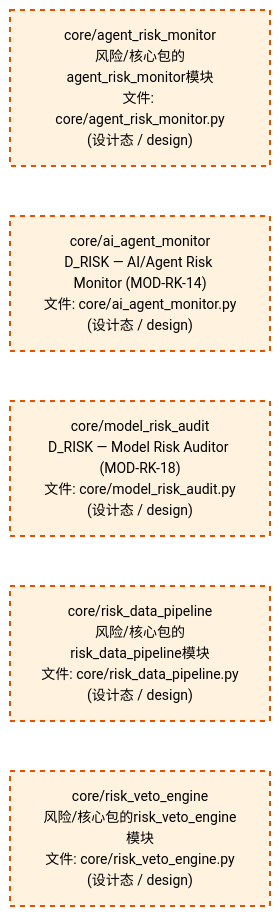
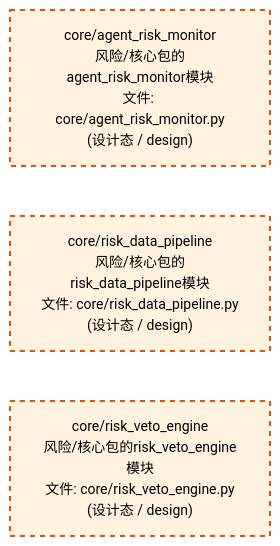
The third of 4 diagrams in docs/02_enterprise_architecture/02_domain_architecture_docs/65_d_risk.md (xuanFelixVan/ZephyrAlpha), drawn with Mermaid before and after one commit. The commit also changed other lines of this file and 29 other files, not shown here.

````diff
--- a/docs/02_enterprise_architecture/02_domain_architecture_docs/65_d_risk.md
+++ b/docs/02_enterprise_architecture/02_domain_architecture_docs/65_d_risk.md
@@ -372,18 +380,14 @@
 ```mermaid
 %%{init: {'theme': 'base', 'themeVariables': {'primaryColor': '#eaeaea', 'primaryTextColor': '#333333', 'primaryBorderColor': '#666666', 'lineColor': '#666666', 'secondaryColor': '#eaeaea', 'tertiaryColor': '#eaeaea', 'fontSize': '14px'}}}%%
 flowchart TD
     src_zephyr_risk_core_agent_risk_monitor_py["core/agent_risk_monitor<br/>风险/核心包的agent_risk_monitor模块<br/>文件: core/agent_risk_monitor.py<br/>(设计态 / design)"]
-    src_zephyr_risk_core_ai_agent_monitor_py["core/ai_agent_monitor<br/>D_RISK — AI/Agent Risk Monitor (MOD-RK-14)<br/>文件: core/ai_agent_monitor.py<br/>(设计态 / design)"]
-    src_zephyr_risk_core_model_risk_audit_py["core/model_risk_audit<br/>D_RISK — Model Risk Auditor (MOD-RK-18)<br/>文件: core/model_risk_audit.py<br/>(设计态 / design)"]
     src_zephyr_risk_core_risk_data_pipeline_py["core/risk_data_pipeline<br/>风险/核心包的risk_data_pipeline模块<br/>文件: core/risk_data_pipeline.py<br/>(设计态 / design)"]
     src_zephyr_risk_core_risk_veto_engine_py["core/risk_veto_engine<br/>风险/核心包的risk_veto_engine模块<br/>文件: core/risk_veto_engine.py<br/>(设计态 / design)"]
-    src_zephyr_risk_core_agent_risk_monitor_py ~~~ src_zephyr_risk_core_ai_agent_monitor_py
-    src_zephyr_risk_core_ai_agent_monitor_py ~~~ src_zephyr_risk_core_model_risk_audit_py
-    src_zephyr_risk_core_model_risk_audit_py ~~~ src_zephyr_risk_core_risk_data_pipeline_py
+    src_zephyr_risk_core_agent_risk_monitor_py ~~~ src_zephyr_risk_core_risk_data_pipeline_py
     src_zephyr_risk_core_risk_data_pipeline_py ~~~ src_zephyr_risk_core_risk_veto_engine_py
     classDef production fill:#e1f5fe,stroke:#01579b,stroke-width:2px,color:#000
     classDef design fill:#fff3e0,stroke:#e65100,stroke-width:2px,color:#000,stroke-dasharray: 5 5
     classDef external_prod fill:#e8f4fd,stroke:#0277bd,stroke-width:1px,color:#000
     classDef external_design fill:#fff8e7,stroke:#ef6c00,stroke-width:1px,color:#000,stroke-dasharray: 5 5
-    class src_zephyr_risk_core_agent_risk_monitor_py,src_zephyr_risk_core_ai_agent_monitor_py,src_zephyr_risk_core_model_risk_audit_py,src_zephyr_risk_core_risk_data_pipeline_py,src_zephyr_risk_core_risk_veto_engine_py design
+    class src_zephyr_risk_core_agent_risk_monitor_py,src_zephyr_risk_core_risk_data_pipeline_py,src_zephyr_risk_core_risk_veto_engine_py design
 ```
````
